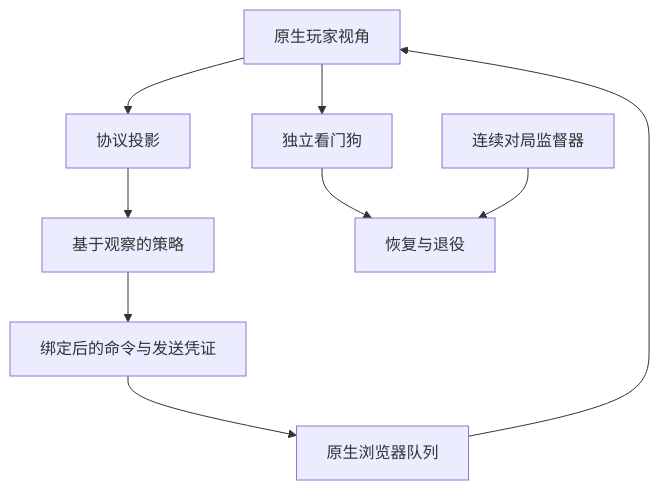
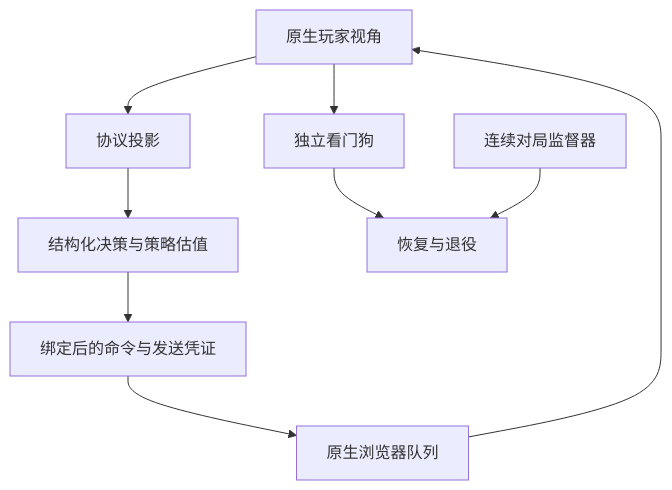
The diagram in docs/architecture.md (AxelHu/keyforge-tco-bot), drawn with Mermaid before and after one commit. The commit also changed other lines of this file and 8 other files, not shown here.

````diff
--- a/docs/architecture.md
+++ b/docs/architecture.md
@@ -5,11 +5,11 @@
 ```mermaid
 flowchart TD
   A[原生玩家视角] --> B[协议投影]
-  B --> C[基于观察的策略]
+  B --> C[结构化决策与策略估值]
   C --> D[绑定后的命令与发送凭证]
   D --> E[原生浏览器队列]
   E --> A
   A --> F[独立看门狗]
   F --> G[恢复与退役]
   H[连续对局监督器] --> G
 ```
````
